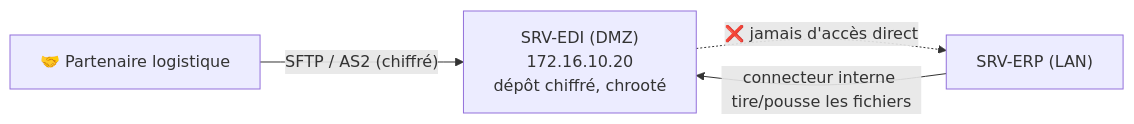
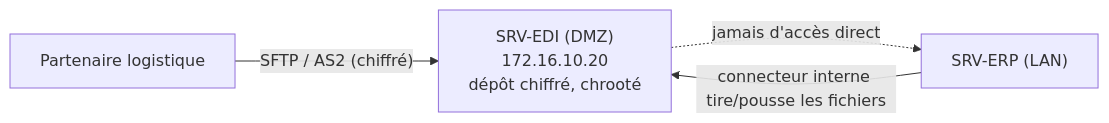
One commit to Orka16/Airsolid-Groupe-4 changed the tenth of 12 diagrams in README.md. Above: the diagram before and after it, drawn with Mermaid. The commit also changed other lines of this file, not shown here.

````diff
--- a/README.md
+++ b/README.md
@@ -934,6 +934,6 @@
 ```mermaid
 flowchart LR
-    PART["🤝 Partenaire logistique"] -->|"SFTP / AS2 (chiffré)"| EDI["SRV-EDI (DMZ)<br/>172.16.10.20<br/>dépôt chiffré, chrooté"]
-    EDI -.->|"❌ jamais d'accès direct"| ERP["SRV-ERP (LAN)"]
+    PART[" Partenaire logistique"] -->|"SFTP / AS2 (chiffré)"| EDI["SRV-EDI (DMZ)<br/>172.16.10.20<br/>dépôt chiffré, chrooté"]
+    EDI -.->|" jamais d'accès direct"| ERP["SRV-ERP (LAN)"]
     ERP -->|"connecteur interne tire/pousse les fichiers"| EDI
 ```
````
